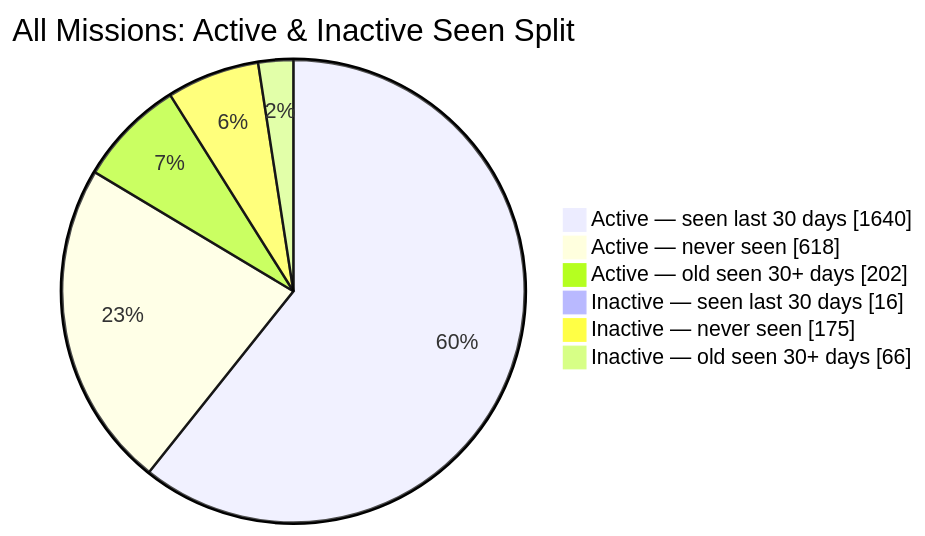
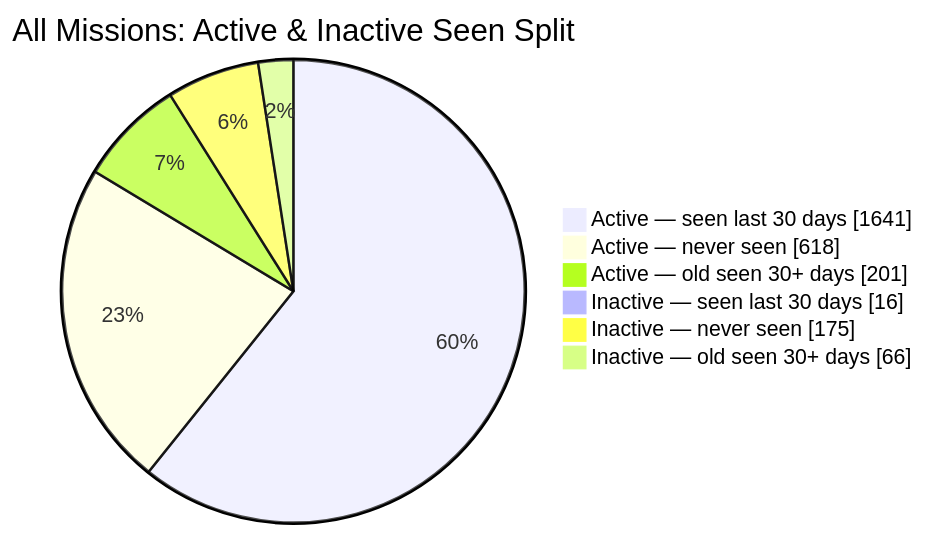
Before and after one commit to MeldkamerspelGameTeam/active-missions: the second of 2 diagrams in README.md, drawn with Mermaid. The commit also changed other lines of this file and 3 other files, not shown here.

````diff
--- a/README.md
+++ b/README.md
@@ -44,10 +44,10 @@
 ```mermaid
 pie showData
     title All Missions: Active & Inactive Seen Split
-    "Active — seen last 30 days" : 1640
+    "Active — seen last 30 days" : 1641
     "Active — never seen" : 618
-    "Active — old seen 30+ days" : 202
+    "Active — old seen 30+ days" : 201
     "Inactive — seen last 30 days" : 16
     "Inactive — never seen" : 175
     "Inactive — old seen 30+ days" : 66
 ```
````
